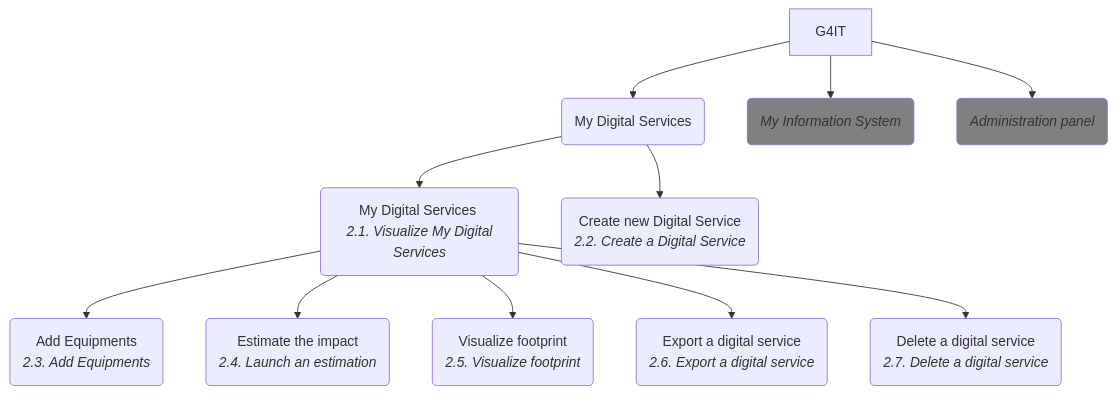
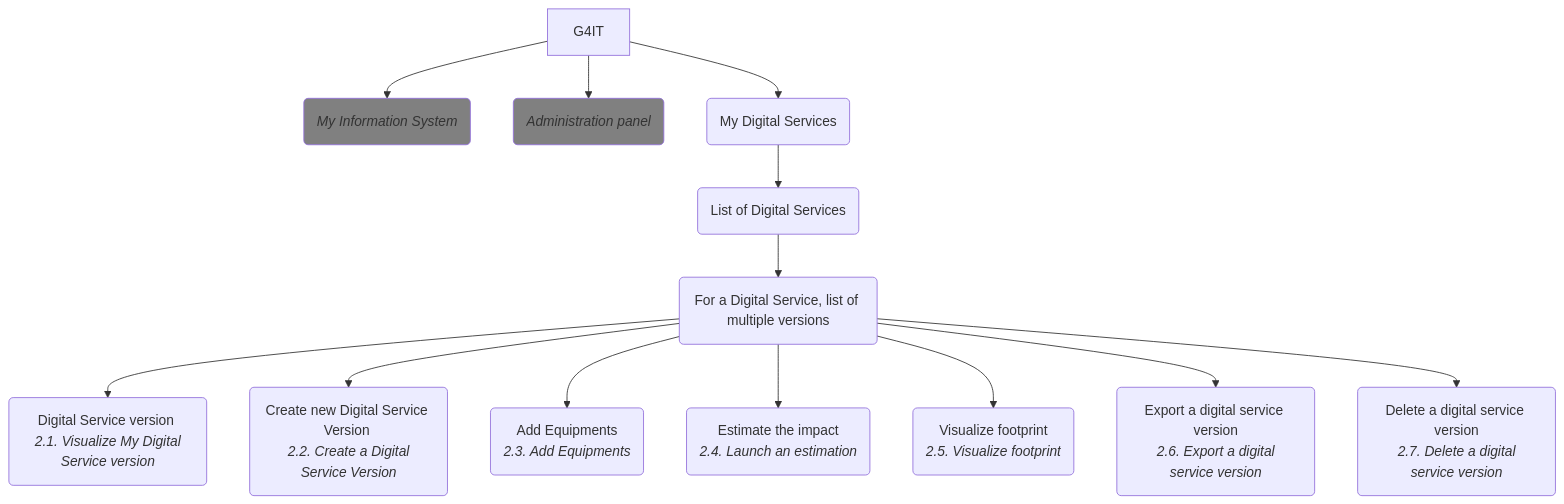
Before and after one commit to teamg4it/g4it: the diagram in services/documentation/content/2-functional-documentation/use_cases/uc_digital_services/_index.md, drawn with Mermaid. The commit also changed other lines of this file and 34 other files, not shown here.

```diff
--- a/services/documentation/content/2-functional-documentation/use_cases/uc_digital_services/_index.md
+++ b/services/documentation/content/2-functional-documentation/use_cases/uc_digital_services/_index.md
@@ -16,17 +15,19 @@
 {{< mermaid align="center">}}
 flowchart TD;
-G4IT --> 1(My Digital Services)
+G4IT --> 1A(My Digital Services)
 G4IT --> 2(My Information System)
 G4IT --> 3(Administration panel)
-1 --> A(My Digital Services <br><i> 2.1. Visualize My Digital Services)
-1 --> B(Create new Digital Service <br><i> 2.2. Create a Digital Service)
+1A --> 1B(List of Digital Services)
+1B --> A(For a Digital Service, list of multiple versions)
+A --> B(Digital Service version <br><i> 2.1. Visualize My Digital Service version)
+A --> AB(Create new Digital Service Version <br><i> 2.2. Create a Digital Service Version)
 A --> AC(Add Equipments <br><i> 2.3. Add Equipments)
 A --> AD(Estimate the impact <br><i> 2.4. Launch an estimation)
 A --> AE(Visualize footprint <br><i> 2.5. Visualize footprint)
-A --> AF(Export a digital service<br><i> 2.6. Export a digital service)
-A --> AG(Delete a digital service<br><i> 2.7. Delete a digital service)
+A --> AF(Export a digital service version<br><i> 2.6. Export a digital service version)
+A --> AG(Delete a digital service version<br><i> 2.7. Delete a digital service version)
 
 classDef Type1 fill:gray, font-style: italic;
 class 2,3 Type1;
 
 {{< /mermaid >}}
```
